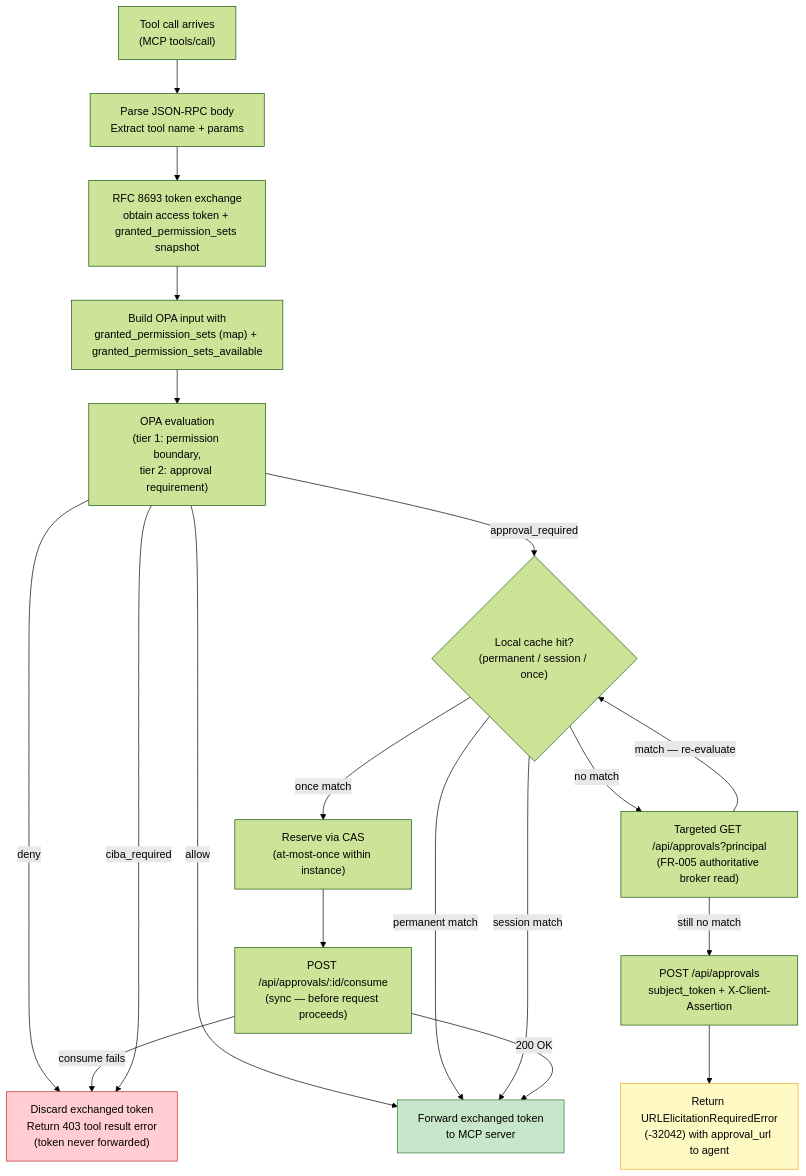
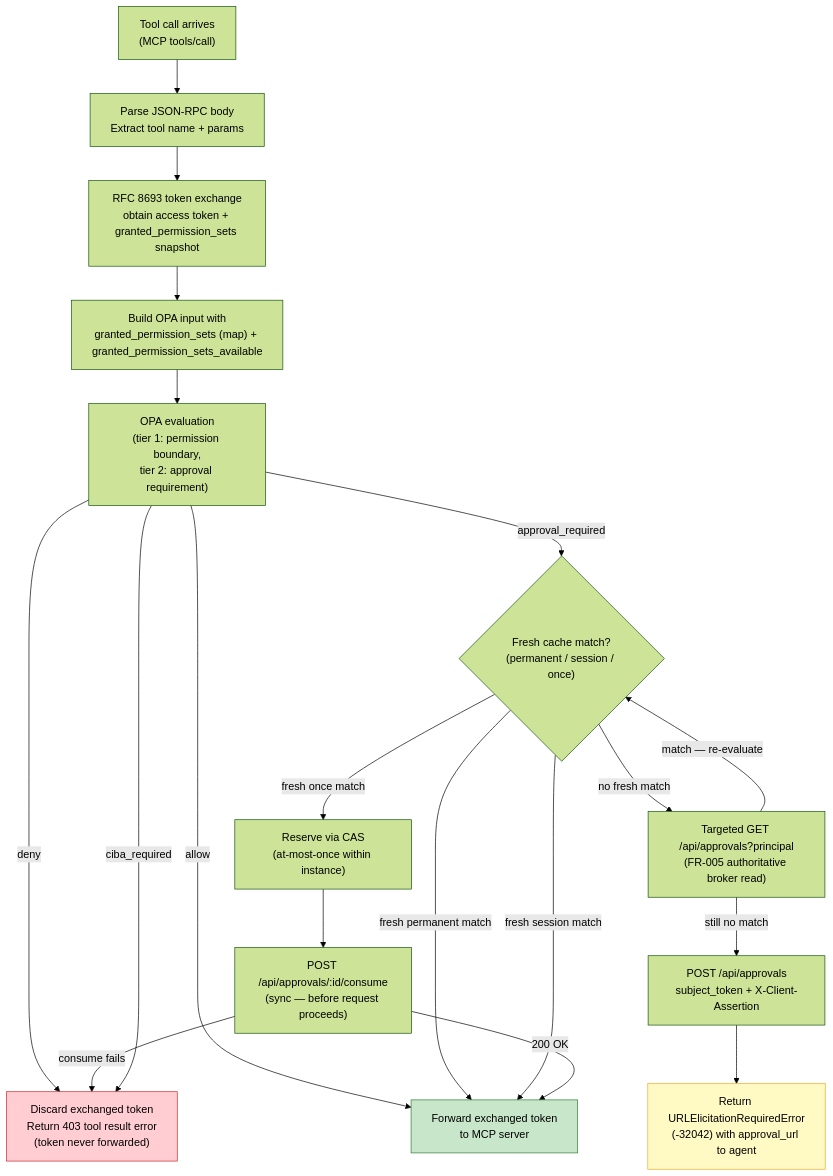
One commit to zalando-incubator/agentic-identity-broker changed the first of 3 diagrams in specs/026-extproc-approval-sync/spec.md. Above: the diagram before and after it, drawn with Mermaid (forest theme). The commit also changed other lines of this file and 40 other files, not shown here.

````diff
--- a/specs/026-extproc-approval-sync/spec.md
+++ b/specs/026-extproc-approval-sync/spec.md
@@ -58,28 +63,28 @@
 ```mermaid
 flowchart TD
     A["Tool call arrives<br/>(MCP tools/call)"] --> B["Parse JSON-RPC body<br/>Extract tool name + params"]
     B --> X["RFC 8693 token exchange<br/>obtain access token + granted_permission_sets snapshot"]
     X --> D["Build OPA input with<br/>granted_permission_sets (map) + granted_permission_sets_available"]
     D --> E["OPA evaluation<br/>(tier 1: permission boundary,<br/>tier 2: approval requirement)"]
 
     E -->|"deny"| F["Discard exchanged token<br/>Return 403 tool result error<br/>(token never forwarded)"]
     E -->|"allow"| G["Forward exchanged token<br/>to MCP server"]
 
-    E -->|"approval_required"| H{"Local cache hit?<br/>(permanent / session / once)"}
-    H -->|"permanent match"| G
-    H -->|"session match"| G
-    H -->|"once match"| I["Reserve via CAS<br/>(at-most-once within instance)"]
+    E -->|"approval_required"| H{"Fresh cache match?<br/>(permanent / session / once)"}
+    H -->|"fresh permanent match"| G
+    H -->|"fresh session match"| G
+    H -->|"fresh once match"| I["Reserve via CAS<br/>(at-most-once within instance)"]
     I --> I_sync["POST /api/approvals/:id/consume<br/>(sync — before request proceeds)"]
     I_sync -->|"200 OK"| G
     I_sync -->|"consume fails"| F
-    H -->|"no match"| M2["Targeted GET /api/approvals?principal<br/>(FR-005 authoritative broker read)"]
+    H -->|"no fresh match"| M2["Targeted GET /api/approvals?principal<br/>(FR-005 authoritative broker read)"]
     M2 -->|"match — re-evaluate"| H
     M2 -->|"still no match"| J["POST /api/approvals<br/>subject_token + X-Client-Assertion"]
     J --> K["Return URLElicitationRequiredError<br/>(-32042) with approval_url to agent"]
 
     E -->|"ciba_required"| F
 
     style F fill:#ffcdd2,stroke:#c62828
     style K fill:#fff9c4,stroke:#f9a825
     style G fill:#c8e6c9,stroke:#2e7d32
 ```
````
